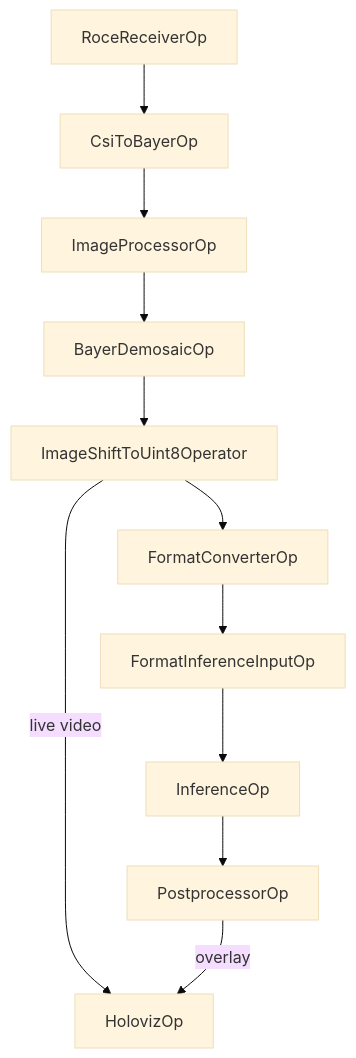
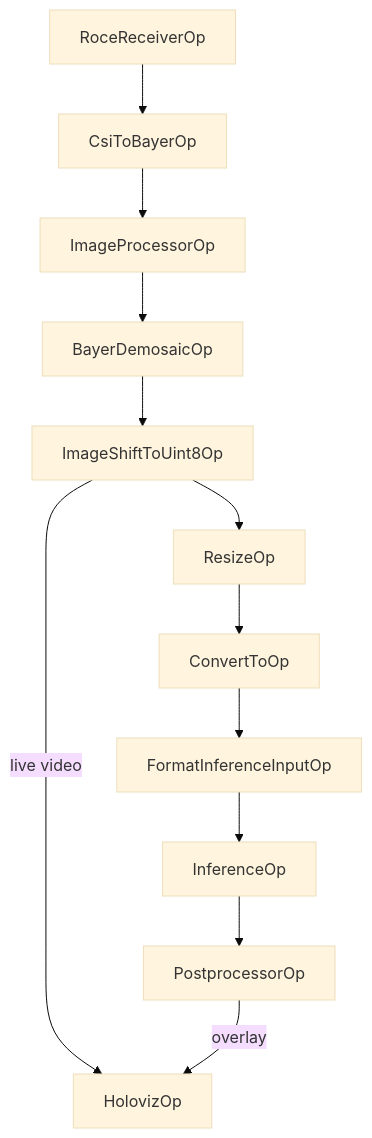
The fourth of 11 diagrams in docs/user_guide/applications.mdx (nvidia-holoscan/holoscan-sensor-bridge), drawn with Mermaid before and after one commit. The commit also changed other lines of this file and 1008 other files, not shown here.

````diff
--- a/docs/user_guide/applications.mdx
+++ b/docs/user_guide/applications.mdx
@@ -436,15 +504,16 @@
 ```mermaid
 %%{init: {"theme": "base", "themeVariables": { }} }%%
  
 graph
     r[RoceReceiverOp] --> c[CsiToBayerOp]
     c --> i[ImageProcessorOp]
     i --> d[BayerDemosaicOp]
-    d --> s[ImageShiftToUint8Operator]
-    s --> p[FormatConverterOp]
-    p --> fi[FormatInferenceInputOp]
+    d --> s[ImageShiftToUint8Op]
+    s --> p[ResizeOp]
+    p --> cv[ConvertToOp]
+    cv --> fi[FormatInferenceInputOp]
     fi --> in[InferenceOp]
     in --> pf[PostprocessorOp]
     s -- live video --> v[HolovizOp]
     pf -- overlay --> v
 ```
````
